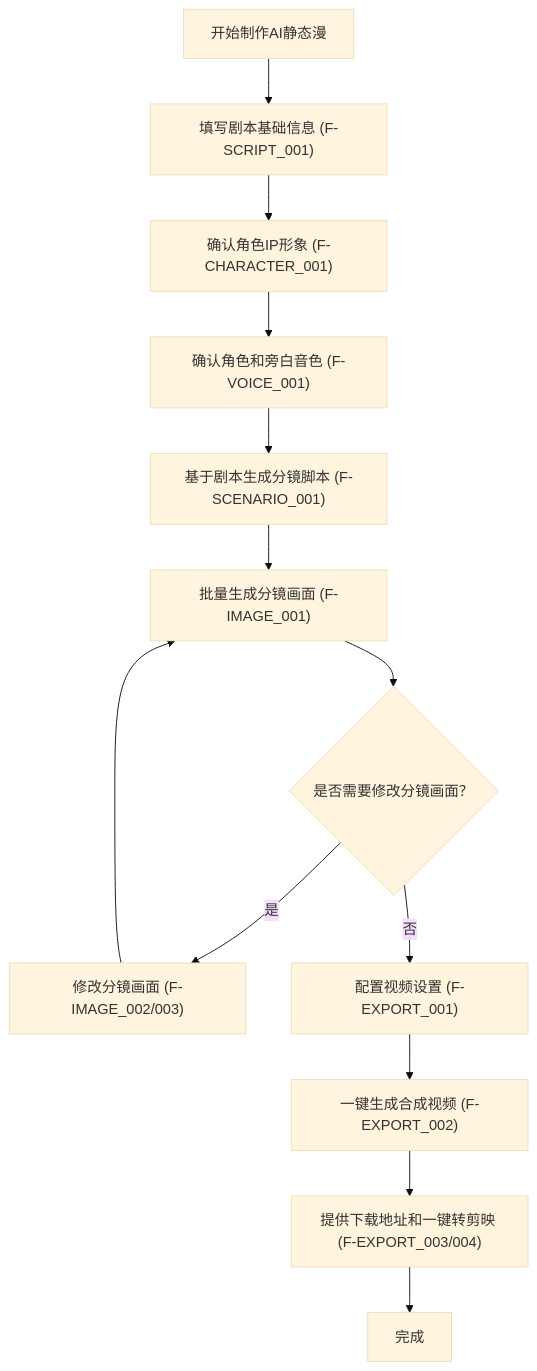
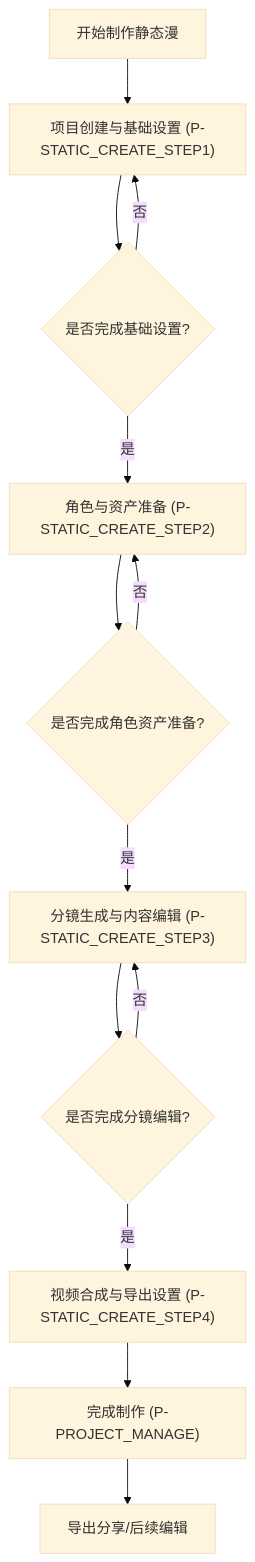
The second of 4 diagrams in prd.md (shikanon/AFADC), drawn with Mermaid (base theme) before and after one commit. The commit also changed other lines of this file and 43 other files, not shown here.

````diff
--- a/prd.md
+++ b/prd.md
@@ -228,15 +189,15 @@
 ```mermaid
 graph TD
-    A["开始制作AI静态漫"] --> B["填写剧本基础信息 (F-SCRIPT_001)"]
-    B --> C["确认角色IP形象 (F-CHARACTER_001)"]
-    C --> D["确认角色和旁白音色 (F-VOICE_001)"]
-    D --> E["基于剧本生成分镜脚本 (F-SCENARIO_001)"]
-    E --> F["批量生成分镜画面 (F-IMAGE_001)"]
-    F --> G{"是否需要修改分镜画面？"}
-    G -- "是" --> H["修改分镜画面 (F-IMAGE_002/003)"]
-    H --> F
-    G -- "否" --> I["配置视频设置 (F-EXPORT_001)"]
-    I --> J["一键生成合成视频 (F-EXPORT_002)"]
-    J --> K["提供下载地址和一键转剪映 (F-EXPORT_003/004)"]
-    K --> L["完成"]
+    A["开始制作静态漫"] --> B["项目创建与基础设置 (P-STATIC_CREATE_STEP1)"]
+    B --> C{"是否完成基础设置?"}
+    C -- 是 --> D["角色与资产准备 (P-STATIC_CREATE_STEP2)"]
+    C -- 否 --> B
+    D --> E{"是否完成角色资产准备?"}
+    E -- 是 --> F["分镜生成与内容编辑 (P-STATIC_CREATE_STEP3)"]
+    E -- 否 --> D
+    F --> G{"是否完成分镜编辑?"}
+    G -- 是 --> H["视频合成与导出设置 (P-STATIC_CREATE_STEP4)"]
+    G -- 否 --> F
+    H --> I["完成制作 (P-PROJECT_MANAGE)"]
+    I --> J["导出分享/后续编辑"]
 ```
````
